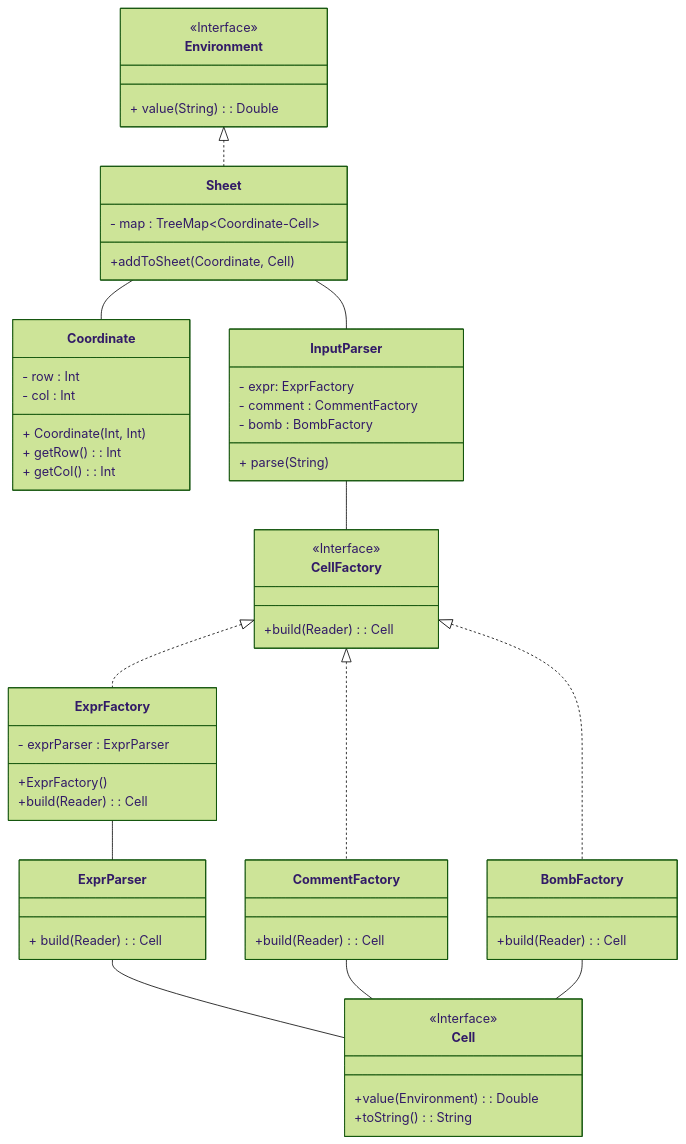
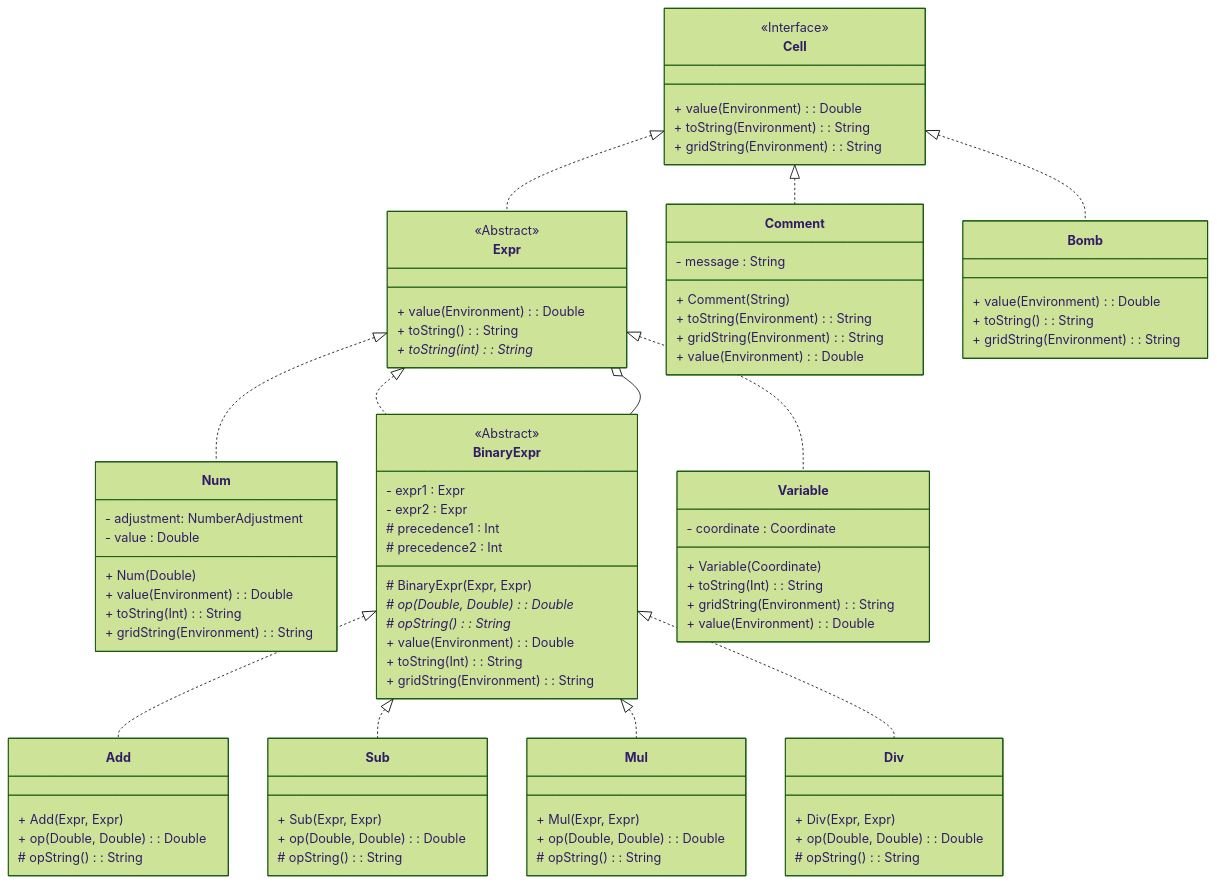
Before and after one commit to joelbengs/excel_application: the second of 2 diagrams in README.md, drawn with Mermaid (forest theme). The commit also changed other lines of this file and 10 other files, not shown here.

```diff
--- a/README.md
+++ b/README.md
@@ -202,70 +126,102 @@
 ~~~mermaid
 classDiagram
-
-    class Environment{
-        + value(String) : Double
-    }
-    <<Interface>> Environment
-
-    class Sheet {
-        - map : TreeMap~Coordinate-Cell~
-        +addToSheet(Coordinate, Cell)
-    }
-
-    class Coordinate {
-        - row : Int
-        - col : Int
-        + Coordinate(Int, Int)
-        + getRow() : Int
-        + getCol() : Int
-    }
-
-    class CellFactory {
-        +build(Reader) : Cell
-    }
-    <<Interface>> CellFactory
-
-    class ExprFactory {
-        - exprParser : ExprParser
-        +ExprFactory()
-        +build(Reader) : Cell
-    }
-
-    class CommentFactory {
-        +build(Reader) : Cell
-    }
-
-    class BombFactory {
-        +build(Reader) : Cell
-    }
-
-    class InputParser{
-        - expr: ExprFactory 
-        - comment : CommentFactory
-        - bomb : BombFactory
-        + parse(String)
-    }
-
-    class ExprParser {
-        + build(Reader) : Cell
-    }
-
+    
     class Cell {
-        +value(Environment): Double
-        +toString() : String
+        + value(Environment) : Double
+        + toString(Environment) : String
+        + gridString(Environment) : String
     }
     <<Interface>> Cell
 
-    CellFactory <|.. ExprFactory
-    CellFactory <|.. CommentFactory
-    CellFactory <|.. BombFactory
-    ExprFactory -- ExprParser
-    ExprParser -- Cell
-    CommentFactory -- Cell
-    BombFactory -- Cell
-    Sheet -- Coordinate 
-    Sheet -- InputParser
-    InputParser -- CellFactory
-    Environment <|.. Sheet
+    Cell <|.. Expr
+    Cell <|.. Comment
+    Cell <|.. Bomb
 
+    class Expr{
+        + value(Environment) : Double
+        + toString() : String
+        + toString(int)* : String
+    }
+    <<Abstract>> Expr
+
+    Expr <|.. Num
+    Expr <|.. BinaryExpr
+    Expr <|.. Variable
+    Expr o-- BinaryExpr
+
+    class Num {
+        - adjustment: NumberAdjustment
+        - value : Double
+        + Num(Double)
+        + value(Environment): Double
+        + toString(Int): String
+        + gridString(Environment): String
+    }
+
+    class BinaryExpr {
+        - expr1 : Expr
+        - expr2 : Expr
+        # precedence1 : Int
+        # precedence2 : Int
+        # BinaryExpr(Expr, Expr)
+
+        # op(Double, Double)* : Double
+        # opString()* : String
+
+        + value(Environment): Double
+        + toString(Int) : String
+        + gridString(Environment) : String
+    }
+    <<Abstract>> BinaryExpr
+
+    BinaryExpr <|.. Add
+    BinaryExpr <|.. Sub
+    BinaryExpr <|.. Mul
+    BinaryExpr <|.. Div
+
+    class Add {
+        + Add(Expr, Expr)
+        + op(Double, Double) : Double
+        # opString() : String
+    }
+
+    class Sub {
+        + Sub(Expr, Expr)
+        + op(Double, Double) : Double
+        # opString() : String
+    }
+
+    class Mul {
+        + Mul(Expr, Expr)
+        + op(Double, Double) : Double
+        # opString() : String
+    }
+
+    class Div {
+        + Div(Expr, Expr)
+        + op(Double, Double) : Double
+        # opString() : String
+    }
+
+    class Variable {
+        - coordinate : Coordinate
+        + Variable(Coordinate)
+        + toString(Int) : String
+        + gridString(Environment): String
+        + value(Environment) : Double
+    }
+
+    class Comment{
+        - message : String
+        + Comment(String)
+        + toString(Environment) : String
+        + gridString(Environment): String
+        + value(Environment): Double
+    }
+
+    class Bomb{
+        + value(Environment) : Double
+        + toString() : String
+        + gridString(Environment): String
+    }
 ~~~
```
